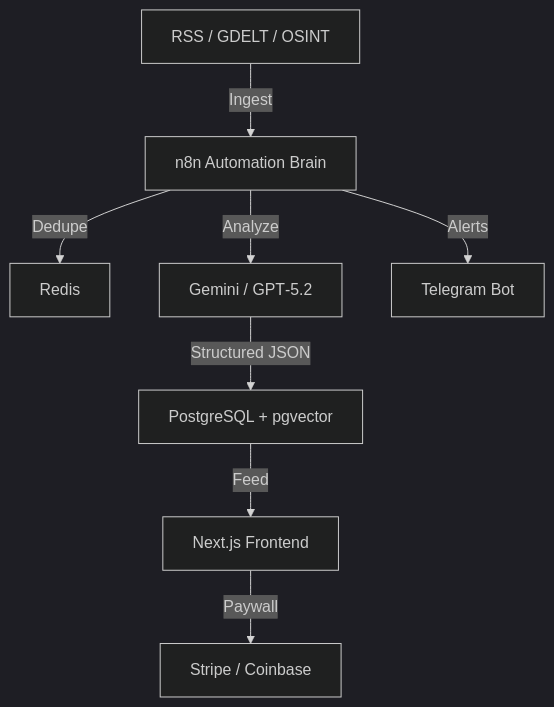
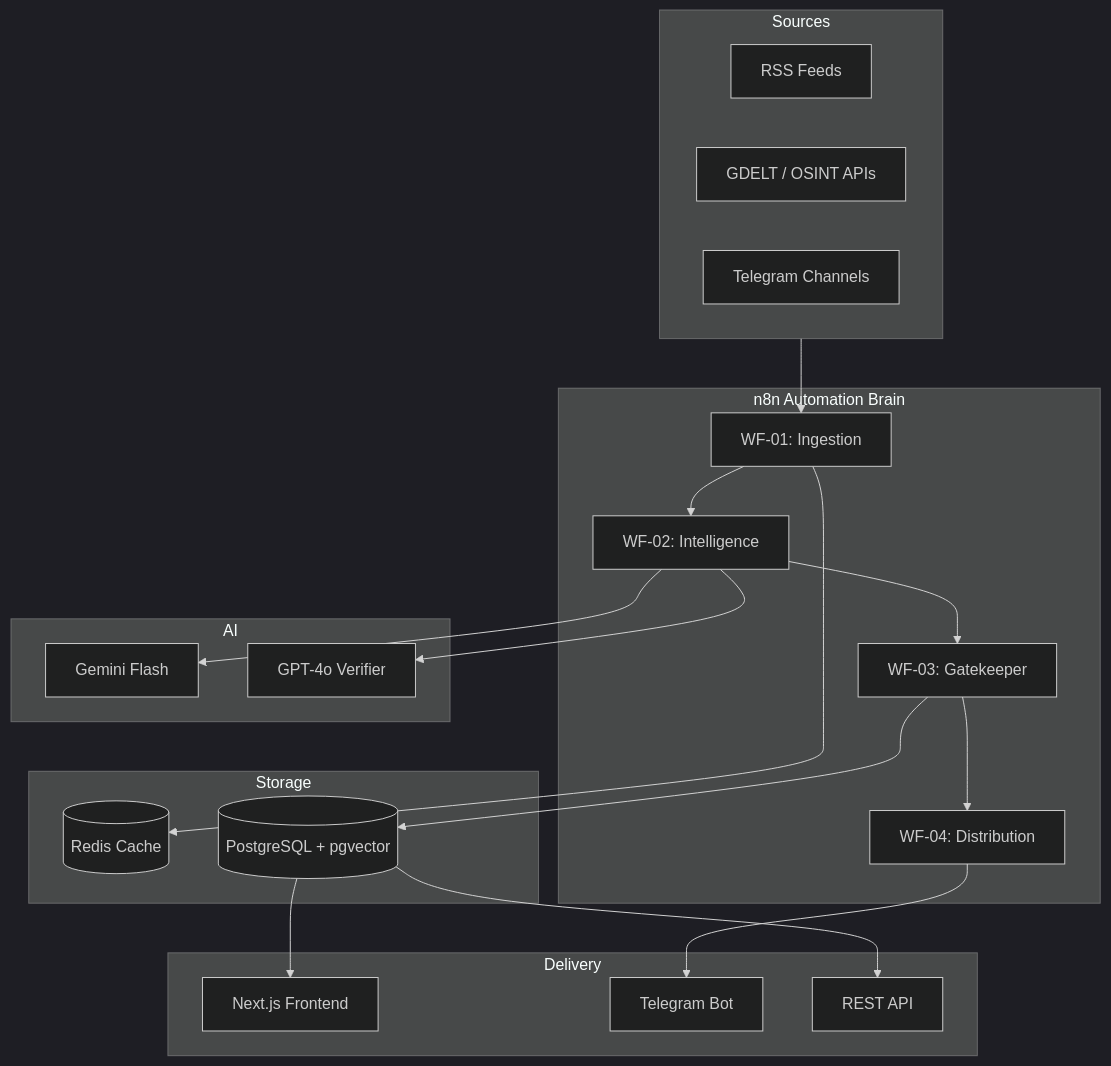
The diagram in GEMINI.md (NukeThemAII/MetaNews), drawn with Mermaid (dark theme) before and after one commit. The commit also changed other lines of this file and 14 other files, not shown here.

````diff
--- a/GEMINI.md
+++ b/GEMINI.md
@@ -30,10 +31,43 @@
 ```mermaid
 graph TD
-    Sources[RSS / GDELT / OSINT] -->|Ingest| N8N[n8n Automation Brain]
-    N8N -->|Dedupe| Redis
-    N8N -->|Analyze| AI[Gemini / GPT‑5.2]
-    AI -->|Structured JSON| Postgres[PostgreSQL + pgvector]
-    Postgres -->|Feed| NextJS[Next.js Frontend]
-    N8N -->|Alerts| Telegram[Telegram Bot]
-    NextJS -->|Paywall| Payments[Stripe / Coinbase]
+    subgraph Sources
+        RSS[RSS Feeds]
+        API[GDELT / OSINT APIs]
+        TG[Telegram Channels]
+    end
+    
+    subgraph n8n[n8n Automation Brain]
+        WF1[WF-01: Ingestion]
+        WF2[WF-02: Intelligence]
+        WF3[WF-03: Gatekeeper]
+        WF4[WF-04: Distribution]
+    end
+    
+    subgraph Storage
+        Redis[(Redis Cache)]
+        PG[(PostgreSQL + pgvector)]
+    end
+    
+    subgraph AI
+        Gemini[Gemini Flash]
+        GPT[GPT-4o Verifier]
+    end
+    
+    subgraph Delivery
+        Web[Next.js Frontend]
+        Bot[Telegram Bot]
+        API_Out[REST API]
+    end
+    
+    Sources --> WF1
+    WF1 --> Redis
+    WF1 --> WF2
+    WF2 --> Gemini
+    WF2 --> GPT
+    WF2 --> WF3
+    WF3 --> PG
+    WF3 --> WF4
+    WF4 --> Bot
+    PG --> Web
+    PG --> API_Out
 ```
````
